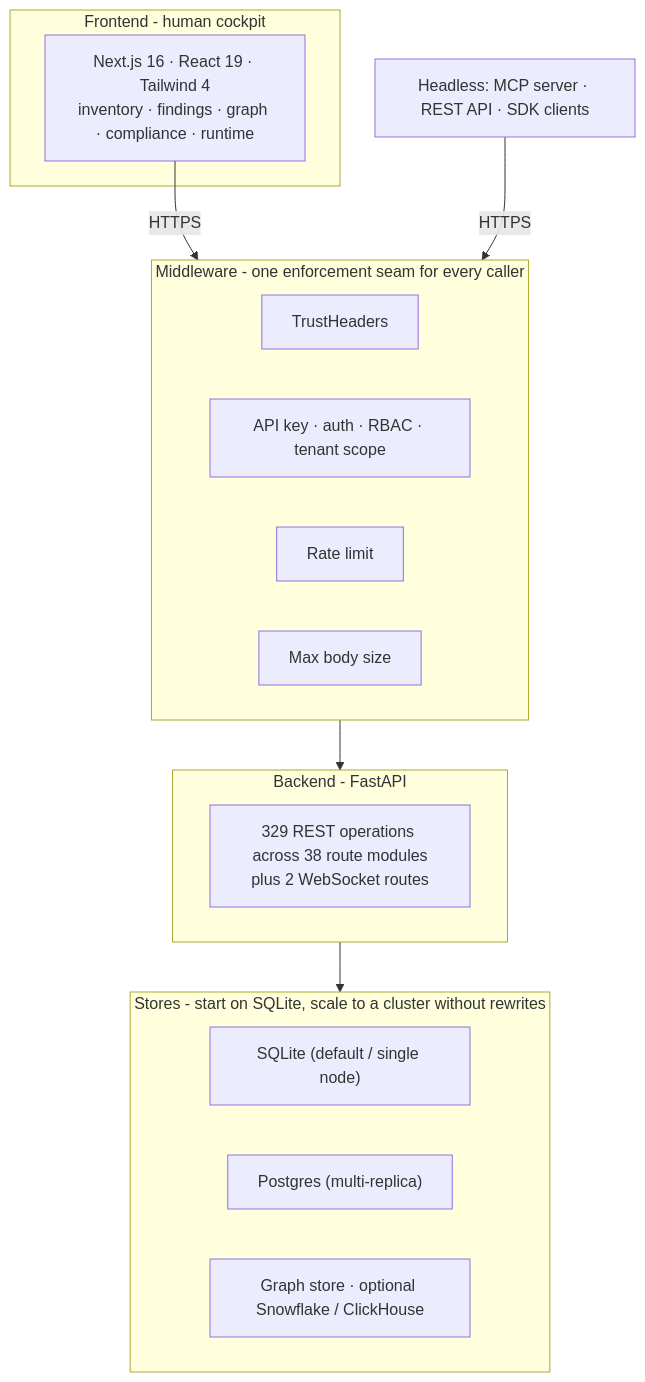
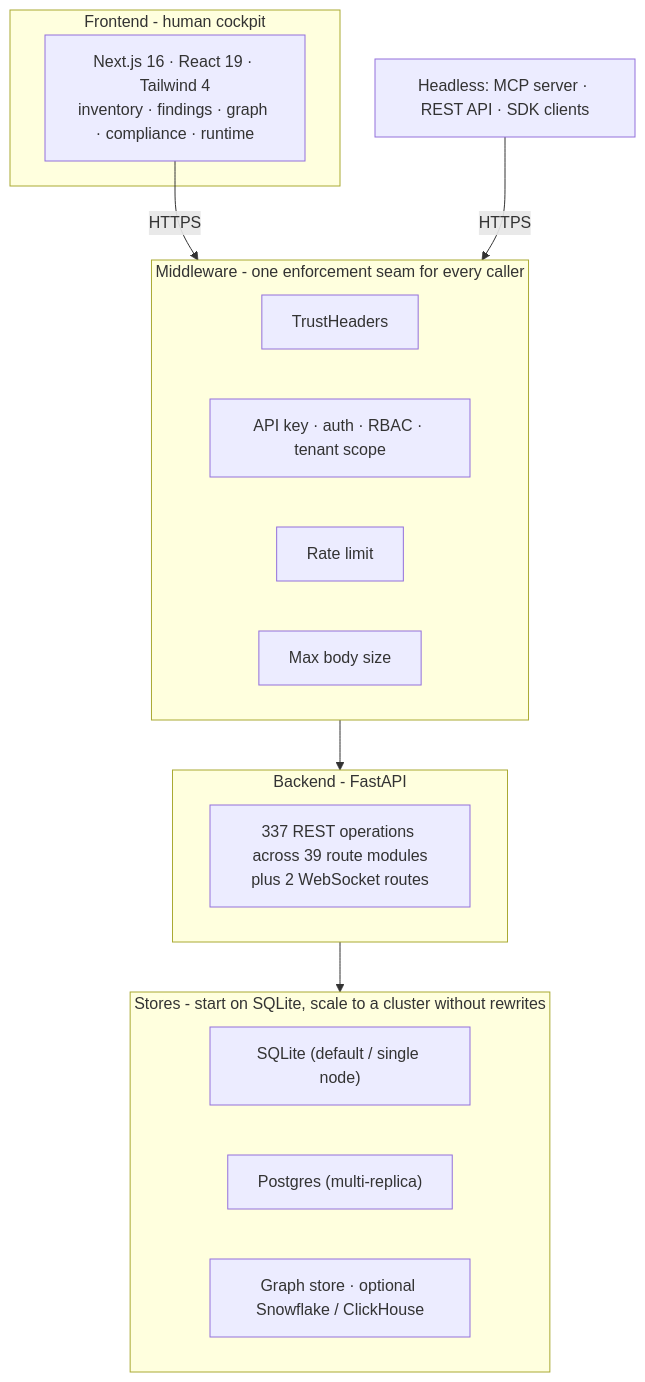
The fourth of 9 diagrams in docs/ARCHITECTURE.md (msaad00/agent-bom), drawn with Mermaid before and after one commit. The commit also changed 11 other files, not shown here.

````diff
--- a/docs/ARCHITECTURE.md
+++ b/docs/ARCHITECTURE.md
@@ -146,26 +146,26 @@
 ```mermaid
 flowchart TB
     subgraph FE["Frontend - human cockpit"]
         UI["Next.js 16 · React 19 · Tailwind 4\ninventory · findings · graph · compliance · runtime"]
     end
     subgraph MW["Middleware - one enforcement seam for every caller"]
         M1["TrustHeaders"]
         M2["API key · auth · RBAC · tenant scope"]
         M3["Rate limit"]
         M4["Max body size"]
     end
     subgraph BE["Backend - FastAPI"]
-        R["329 REST operations across 38 route modules\nplus 2 WebSocket routes"]
+        R["337 REST operations across 39 route modules\nplus 2 WebSocket routes"]
     end
     subgraph ST["Stores - start on SQLite, scale to a cluster without rewrites"]
         S1["SQLite (default / single node)"]
         S2["Postgres (multi-replica)"]
         S3["Graph store · optional Snowflake / ClickHouse"]
     end
 
     EXTAGENT["Headless: MCP server · REST API · SDK clients"]
 
     UI -->|HTTPS| MW
     EXTAGENT -->|HTTPS| MW
     MW --> BE --> ST
 ```
````
